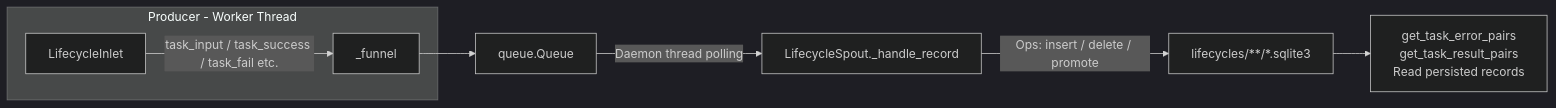
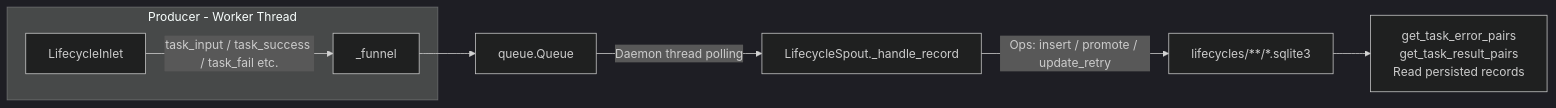
Before and after one commit to Mr-xiaotian/CelestialFlow: the diagram in docs/en/src/persistence/core_lifecycle.md, drawn with Mermaid (dark theme). The commit also changed other lines of this file and 211 other files, not shown here.

````diff
--- a/docs/en/src/persistence/core_lifecycle.md
+++ b/docs/en/src/persistence/core_lifecycle.md
@@ -11,11 +11,11 @@
 ```mermaid
 flowchart LR
     subgraph Producer["Producer - Worker Thread"]
         Inlet[LifecycleInlet]
         Inlet -->|task_input / task_success / task_fail etc.| Funnel[_funnel]
     end
     Funnel --> Queue[queue.Queue]
     Queue -->|Daemon thread polling| Spout[LifecycleSpout._handle_record]
-    Spout -->|Ops: insert / delete / promote| SQLite[lifecycles/**/*.sqlite3]
+    Spout -->|Ops: insert / promote / update_retry| SQLite[lifecycles/**/*.sqlite3]
     SQLite --> Read[get_task_error_pairs<br/>get_task_result_pairs<br/>Read persisted records]
 ```
````
